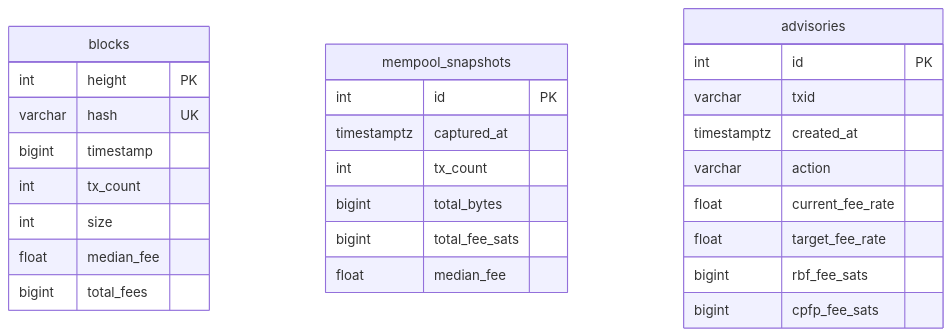
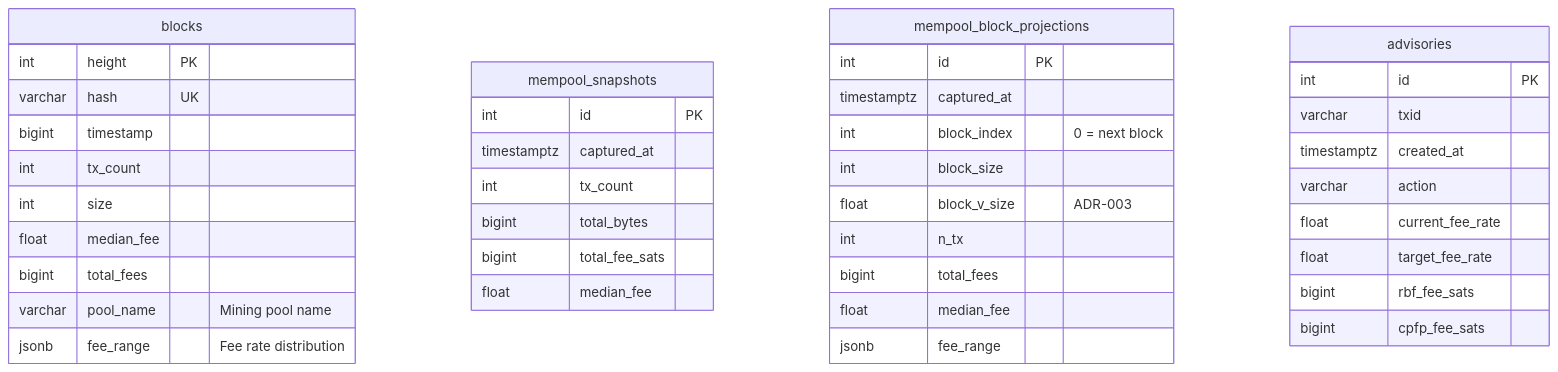
The sixth of 8 diagrams in docs/architecture.md (ieshatchuell/mempool-orchestrator), drawn with Mermaid before and after one commit. The commit also changed other lines of this file and 19 other files, not shown here.

````diff
--- a/docs/architecture.md
+++ b/docs/architecture.md
@@ -174,32 +176,46 @@
 ```mermaid
 erDiagram
     blocks {
         int height PK
         varchar hash UK
         bigint timestamp
         int tx_count
         int size
         float median_fee
         bigint total_fees
+        varchar pool_name "Mining pool name"
+        jsonb fee_range "Fee rate distribution"
     }
 
     mempool_snapshots {
         int id PK
         timestamptz captured_at
         int tx_count
         bigint total_bytes
         bigint total_fee_sats
         float median_fee
+    }
+
+    mempool_block_projections {
+        int id PK
+        timestamptz captured_at
+        int block_index "0 = next block"
+        int block_size
+        float block_v_size "ADR-003"
+        int n_tx
+        bigint total_fees
+        float median_fee
+        jsonb fee_range
     }
 
     advisories {
         int id PK
         varchar txid
         timestamptz created_at
         varchar action
         float current_fee_rate
         float target_fee_rate
         bigint rbf_fee_sats
         bigint cpfp_fee_sats
     }
 ```
````
